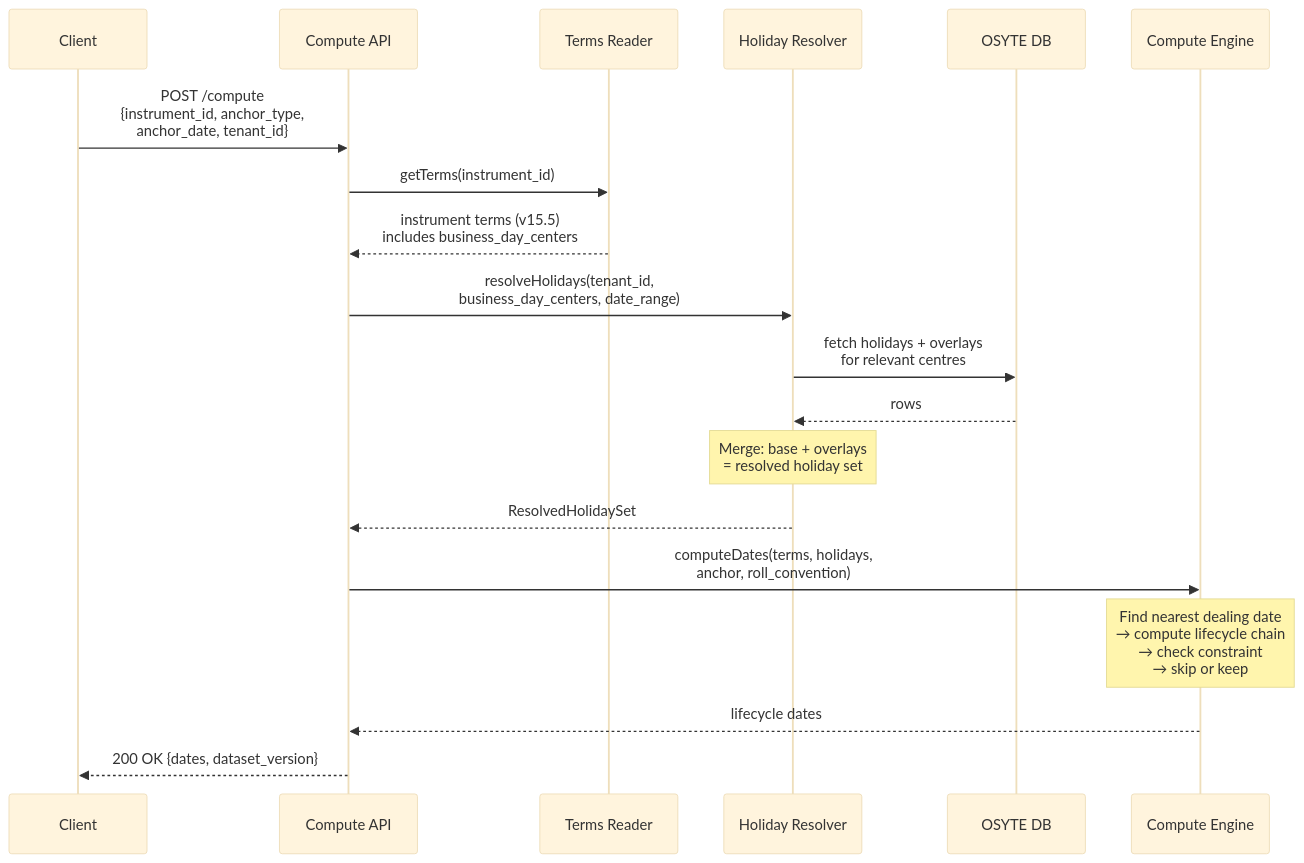
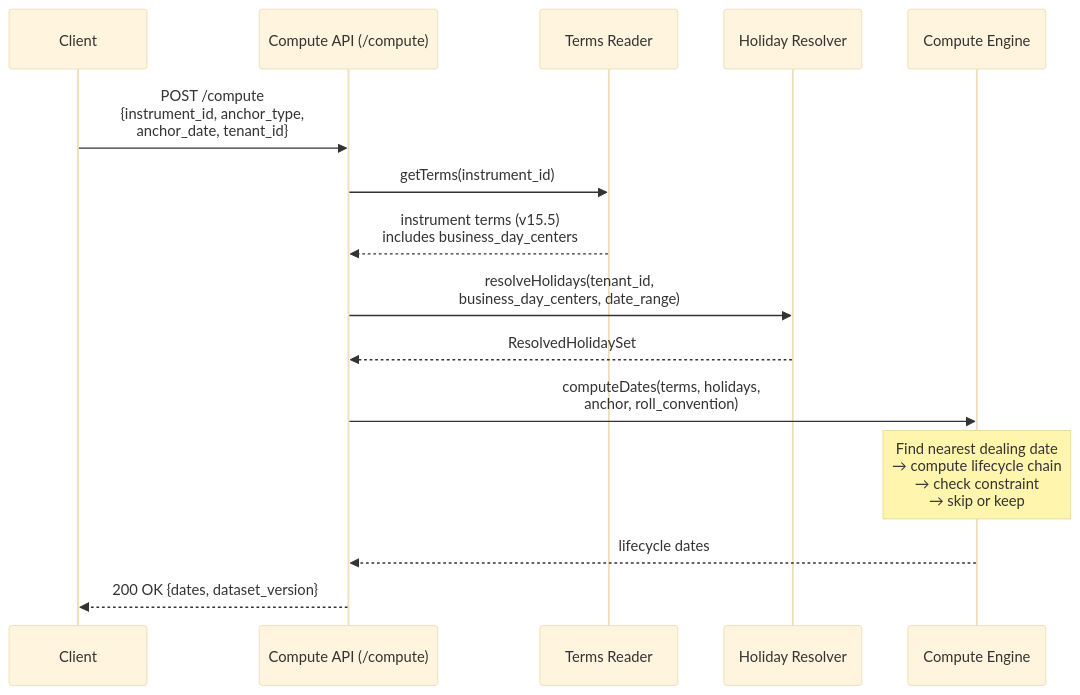
The second of 3 diagrams in lcs-main/docs/architecture.md (Ashu290905/OSYTE), drawn with Mermaid (base theme) before and after one commit. The commit also changed other lines of this file, not shown here.

First line of the commit message:
Restore Holiday Resolver diagram, /plan calls /compute not engine directly

````diff
--- a/lcs-main/docs/architecture.md
+++ b/lcs-main/docs/architecture.md
@@ -189,27 +218,23 @@
 ```mermaid
 sequenceDiagram
     participant Client
-    participant API as Compute API
+    participant API as Compute API (/compute)
     participant TR as Terms Reader
     participant HR as Holiday Resolver
-    participant DB as OSYTE DB
     participant CE as Compute Engine
 
     Client->>API: POST /compute<br/>{instrument_id, anchor_type,<br/> anchor_date, tenant_id}
 
     API->>TR: getTerms(instrument_id)
     TR-->>API: instrument terms (v15.5)<br/>includes business_day_centers
 
     API->>HR: resolveHolidays(tenant_id,<br/> business_day_centers, date_range)
-    HR->>DB: fetch holidays + overlays<br/>for relevant centres
-    DB-->>HR: rows
-    Note over HR: Merge: base + overlays<br/>= resolved holiday set
     HR-->>API: ResolvedHolidaySet
 
     API->>CE: computeDates(terms, holidays,<br/> anchor, roll_convention)
 
     Note over CE: Find nearest dealing date<br/>→ compute lifecycle chain<br/>→ check constraint<br/>→ skip or keep
 
     CE-->>API: lifecycle dates
     API-->>Client: 200 OK {dates, dataset_version}
 ```
````
